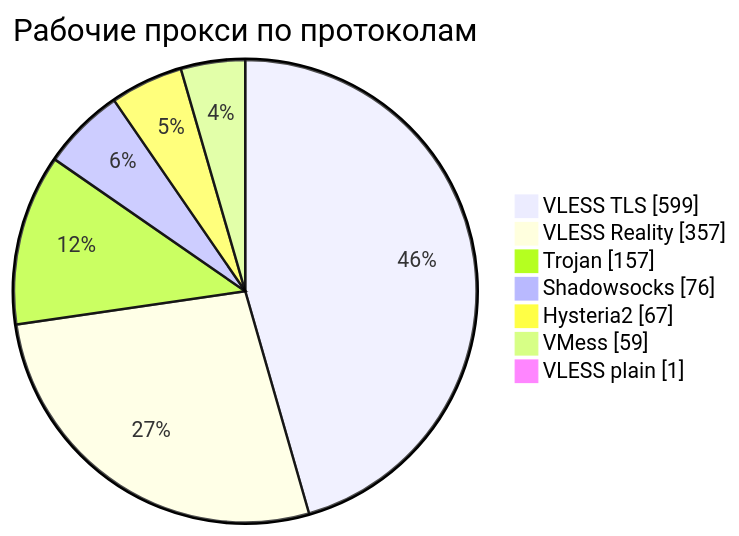
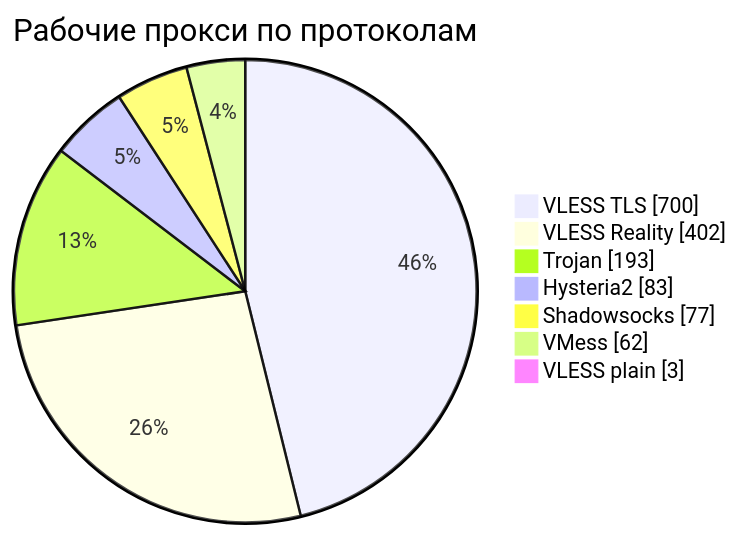
Before and after one commit to rvvg/proxy-subs: the third of 4 diagrams in README.md, drawn with Mermaid. The commit also changed other lines of this file and 53 other files, not shown here.

````diff
--- a/README.md
+++ b/README.md
@@ -140,11 +138,11 @@
 ```mermaid
 pie showData
     title Рабочие прокси по протоколам
-    "VLESS TLS" : 599
-    "VLESS Reality" : 357
-    "Trojan" : 157
-    "Shadowsocks" : 76
-    "Hysteria2" : 67
-    "VMess" : 59
-    "VLESS plain" : 1
+    "VLESS TLS" : 700
+    "VLESS Reality" : 402
+    "Trojan" : 193
+    "Hysteria2" : 83
+    "Shadowsocks" : 77
+    "VMess" : 62
+    "VLESS plain" : 3
 ```
````
